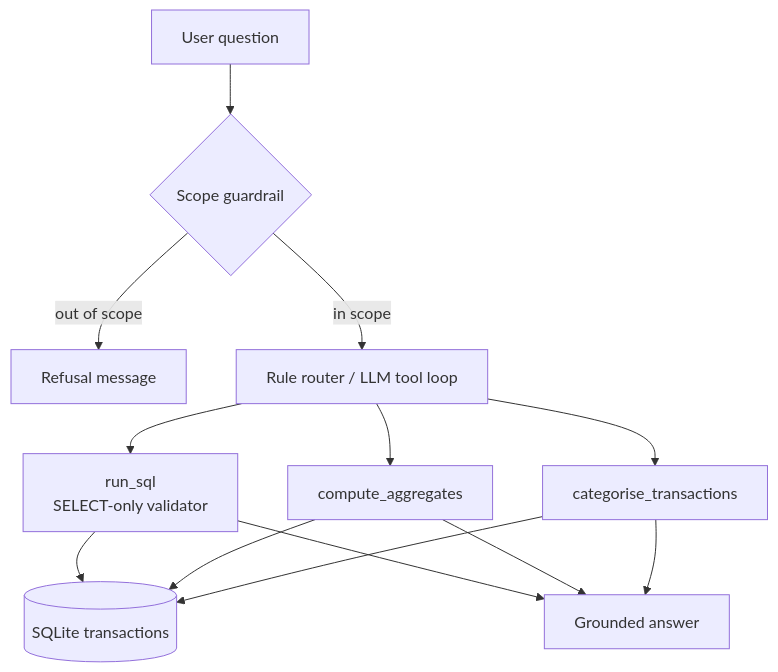
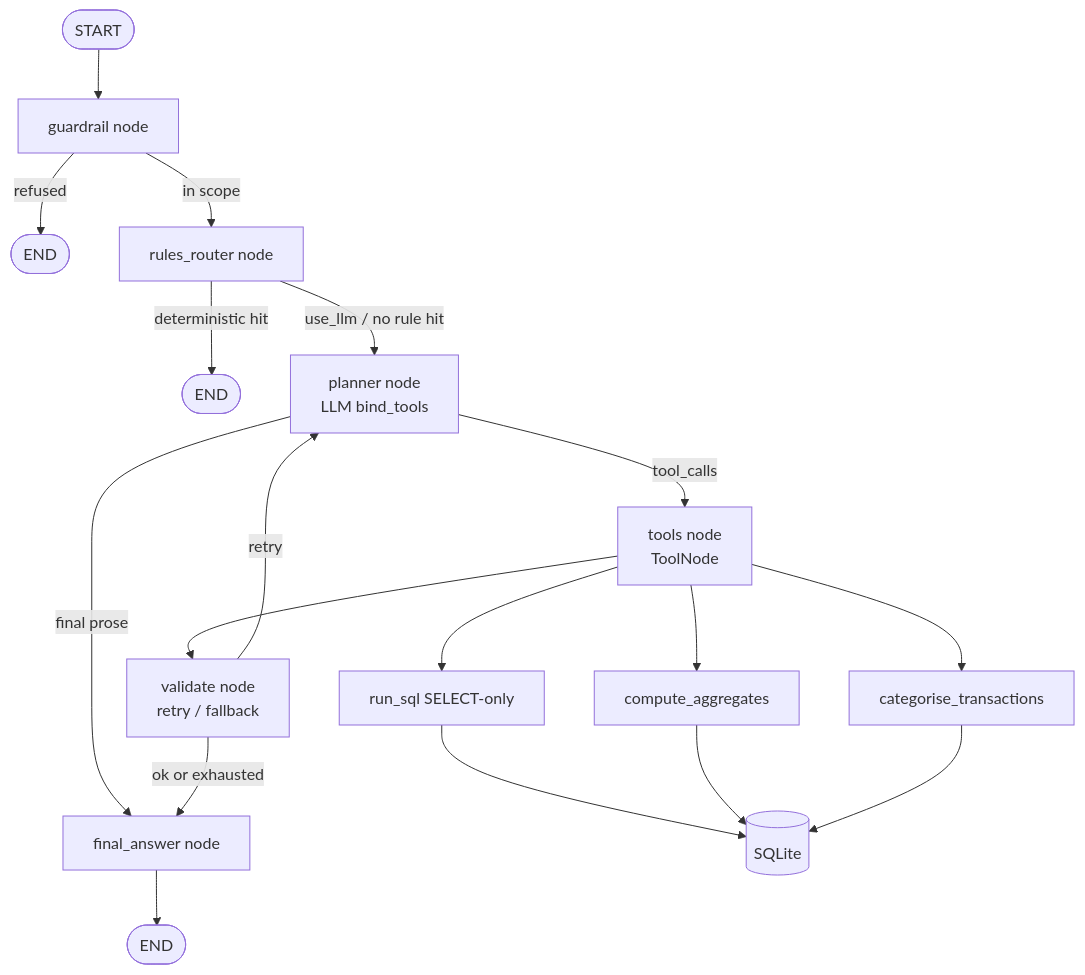
The diagram in README.md (chundukiran11/finance-ai-agent), drawn with Mermaid before and after one commit. The commit also changed other lines of this file and 3 other files, not shown here.

Commit message:
test+docs: cover LangGraph tool path; update architecture and study guide

````diff
--- a/README.md
+++ b/README.md
@@ -23,15 +25,20 @@
 ```mermaid
 flowchart TD
-  User[User question] --> Gate{Scope guardrail}
-  Gate -->|out of scope| Refuse[Refusal message]
-  Gate -->|in scope| Router[Rule router / LLM tool loop]
-  Router --> SQL[run_sql<br/>SELECT-only validator]
-  Router --> Agg[compute_aggregates]
-  Router --> Cat[categorise_transactions]
-  SQL --> DB[(SQLite transactions)]
+  START([START]) --> Guard[guardrail node]
+  Guard -->|refused| END1([END])
+  Guard -->|in scope| Rules[rules_router node]
+  Rules -->|deterministic hit| END2([END])
+  Rules -->|use_llm / no rule hit| Planner[planner node<br/>LLM bind_tools]
+  Planner -->|tool_calls| Tools[tools node<br/>ToolNode]
+  Planner -->|final prose| Final[final_answer node]
+  Tools --> Validate[validate node<br/>retry / fallback]
+  Validate -->|retry| Planner
+  Validate -->|ok or exhausted| Final
+  Final --> END3([END])
+  Tools --> SQL[run_sql SELECT-only]
+  Tools --> Agg[compute_aggregates]
+  Tools --> Cat[categorise_transactions]
+  SQL --> DB[(SQLite)]
   Agg --> DB
   Cat --> DB
-  SQL --> Answer[Grounded answer]
-  Agg --> Answer
-  Cat --> Answer
 ```
````
